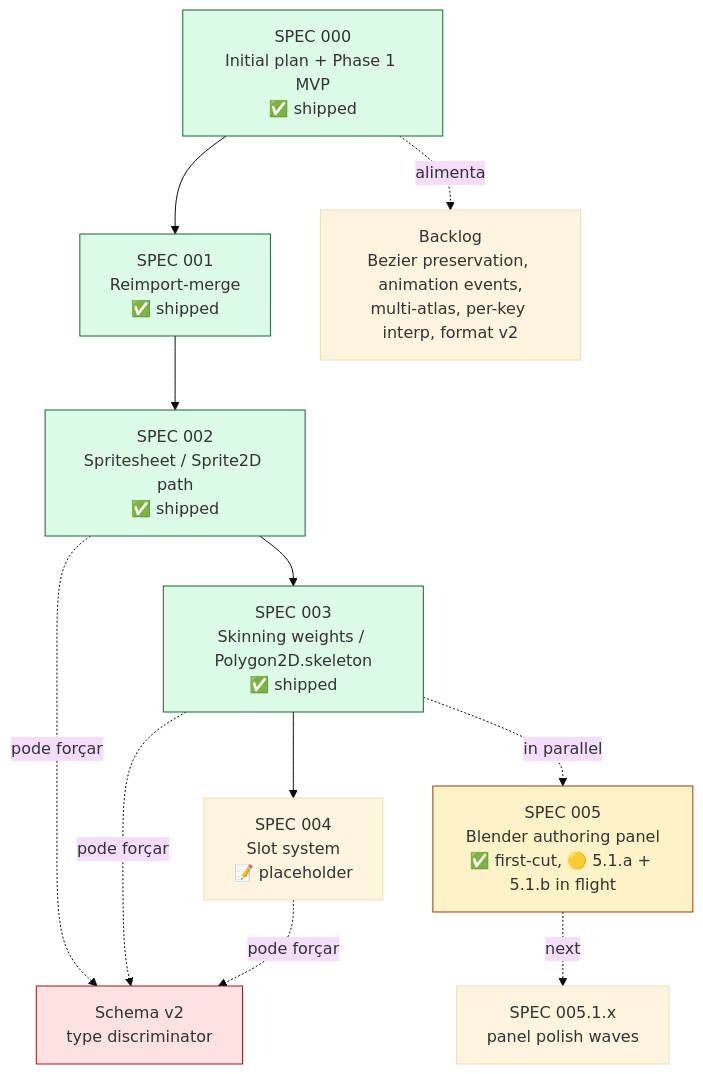
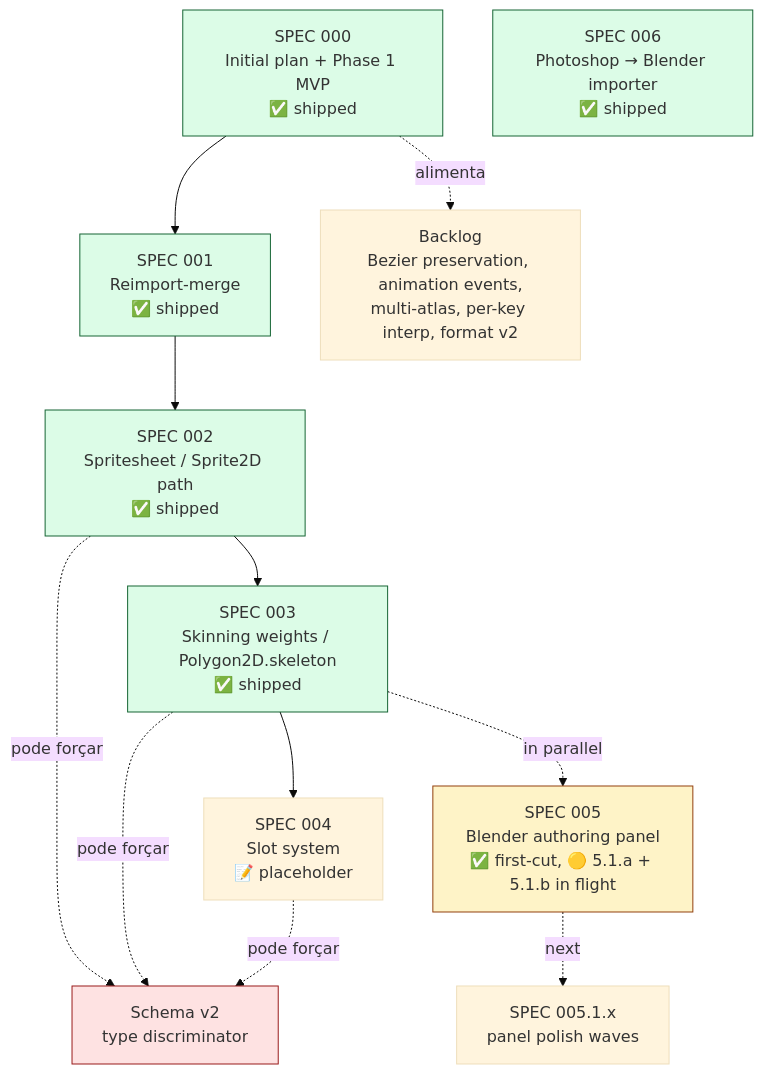
One commit to Space-Wizard-Studios/firebound-proscenio changed the fourth of 5 diagrams in STATUS.md. Above: the diagram before and after it, drawn with Mermaid (base theme). The commit also changed other lines of this file and 17 other files, not shown here.

````diff
--- a/STATUS.md
+++ b/STATUS.md
@@ -136,32 +136,34 @@
 ```mermaid
 flowchart TB
     S0[SPEC 000<br/>Initial plan + Phase 1 MVP<br/>✅ shipped]
     S1[SPEC 001<br/>Reimport-merge<br/>✅ shipped]
     S2[SPEC 002<br/>Spritesheet / Sprite2D path<br/>✅ shipped]
     S3[SPEC 003<br/>Skinning weights / Polygon2D.skeleton<br/>✅ shipped]
     S4[SPEC 004<br/>Slot system<br/>📝 placeholder]
     S5[SPEC 005<br/>Blender authoring panel<br/>✅ first-cut, 🟡 5.1.a + 5.1.b in flight]
+    S6[SPEC 006<br/>Photoshop → Blender importer<br/>✅ shipped]
 
     BACKLOG[Backlog<br/>Bezier preservation, animation events,<br/>multi-atlas, per-key interp, format v2]
 
     S0 --> S1
     S1 --> S2
     S2 --> S3
     S3 --> S4
     S3 -.in parallel.-> S5
 
     S0 -.alimenta.-> BACKLOG
     S2 -.pode forçar.-> SCHEMA_V2[Schema v2<br/>type discriminator]
     S3 -.pode forçar.-> SCHEMA_V2
     S4 -.pode forçar.-> SCHEMA_V2
 
     style S0 fill:#dcfce7,stroke:#166534
     style S1 fill:#dcfce7,stroke:#166534
     style S2 fill:#dcfce7,stroke:#166534
     style S3 fill:#dcfce7,stroke:#166534
     style S5 fill:#fef3c7,stroke:#92400e
+    style S6 fill:#dcfce7,stroke:#166534
     style SCHEMA_V2 fill:#fee2e2,stroke:#991b1b
 
     NEXTWAVE[SPEC 005.1.x<br/>panel polish waves]
     S5 -.next.-> NEXTWAVE
 ```
````
